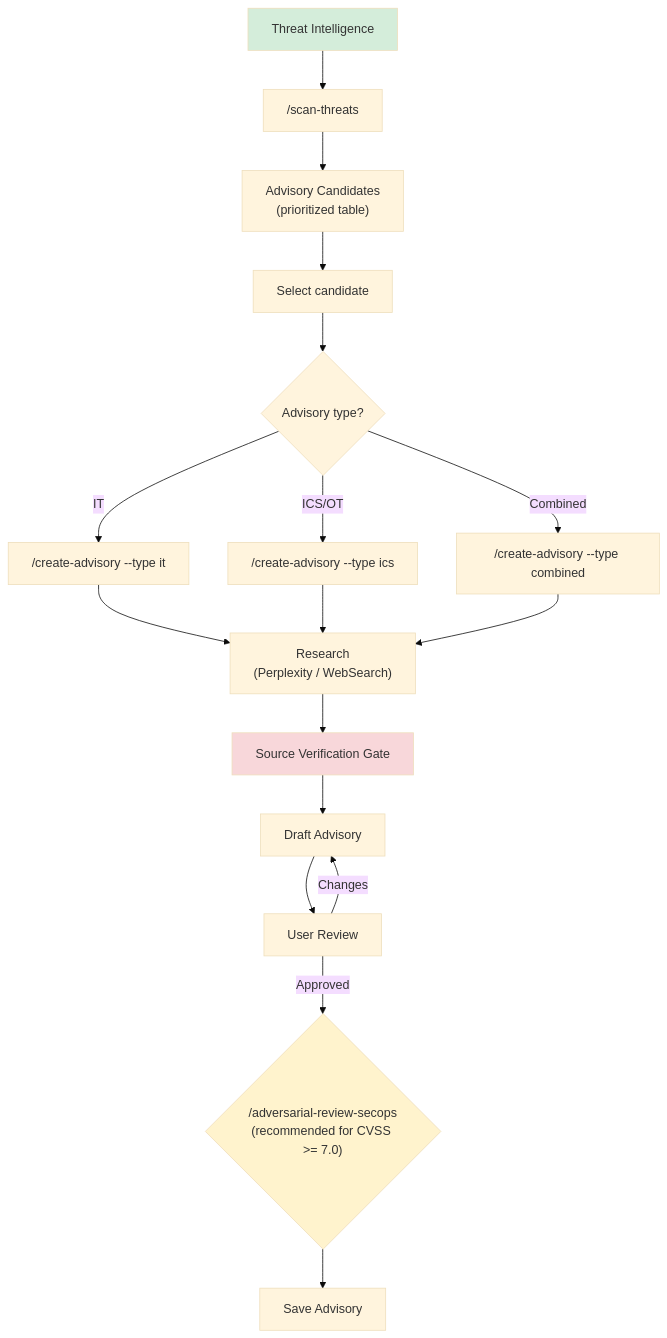
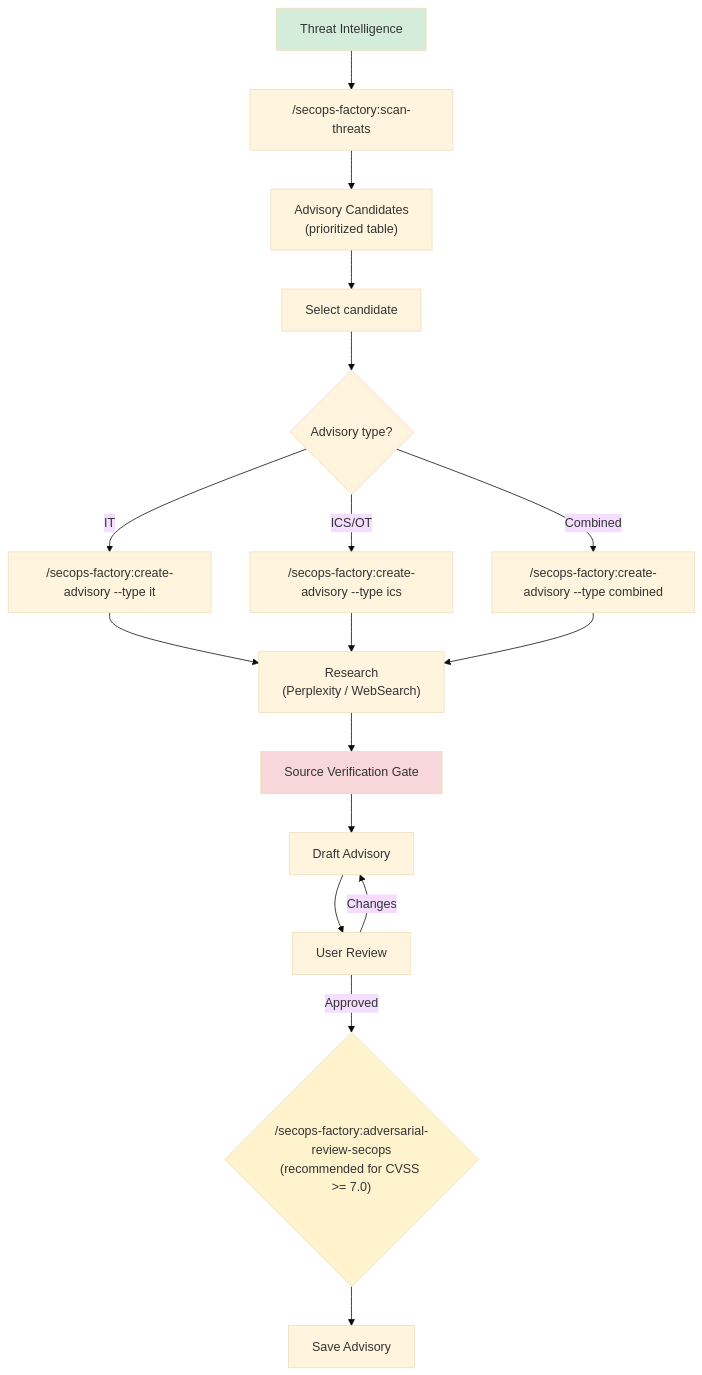
One commit to drbothen/secops-factory changed the diagram in docs/guide/advisory-creation.md. Above: the diagram before and after it, drawn with Mermaid (base theme). The commit also changed other lines of this file and 8 other files, not shown here.

First line of the commit message:
docs: add secops-factory: namespace prefix to all command references

````diff
--- a/docs/guide/advisory-creation.md
+++ b/docs/guide/advisory-creation.md
@@ -7,23 +7,23 @@
 ```mermaid
 graph TD
-    START["Threat Intelligence"] --> SCAN["/scan-threats"]
+    START["Threat Intelligence"] --> SCAN["/secops-factory:scan-threats"]
     SCAN --> CANDIDATES["Advisory Candidates\n(prioritized table)"]
     CANDIDATES --> SELECT["Select candidate"]
     SELECT --> TYPE{"Advisory type?"}
-    TYPE -->|IT| DRAFT_IT["/create-advisory --type it"]
-    TYPE -->|ICS/OT| DRAFT_OT["/create-advisory --type ics"]
-    TYPE -->|Combined| DRAFT_BOTH["/create-advisory --type combined"]
+    TYPE -->|IT| DRAFT_IT["/secops-factory:create-advisory --type it"]
+    TYPE -->|ICS/OT| DRAFT_OT["/secops-factory:create-advisory --type ics"]
+    TYPE -->|Combined| DRAFT_BOTH["/secops-factory:create-advisory --type combined"]
     DRAFT_IT --> RESEARCH["Research\n(Perplexity / WebSearch)"]
     DRAFT_OT --> RESEARCH
     DRAFT_BOTH --> RESEARCH
     RESEARCH --> VERIFY["Source Verification Gate"]
     VERIFY --> DRAFT["Draft Advisory"]
     DRAFT --> REVIEW["User Review"]
     REVIEW -->|Changes| DRAFT
-    REVIEW -->|Approved| ADVERSARIAL{"/adversarial-review-secops\n(recommended for CVSS >= 7.0)"}
+    REVIEW -->|Approved| ADVERSARIAL{"/secops-factory:adversarial-review-secops\n(recommended for CVSS >= 7.0)"}
     ADVERSARIAL --> PUBLISH["Save Advisory"]
 
     style START fill:#d4edda
     style VERIFY fill:#f8d7da
     style ADVERSARIAL fill:#fff3cd
 ```
````
